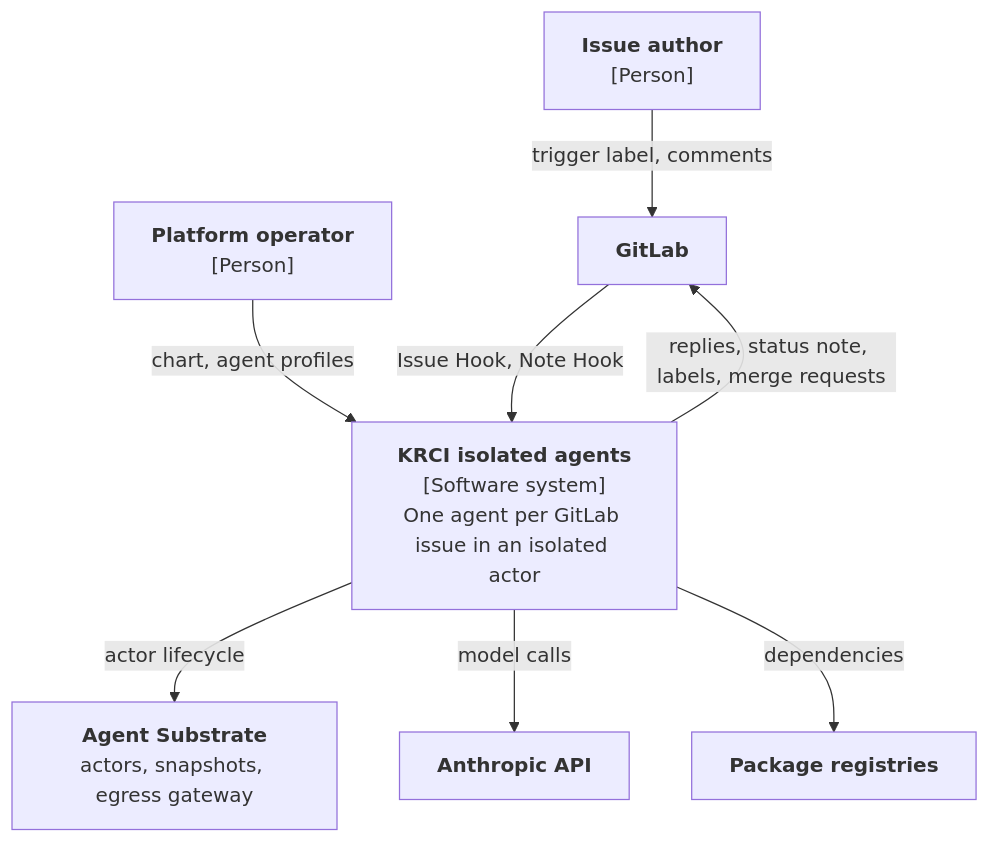
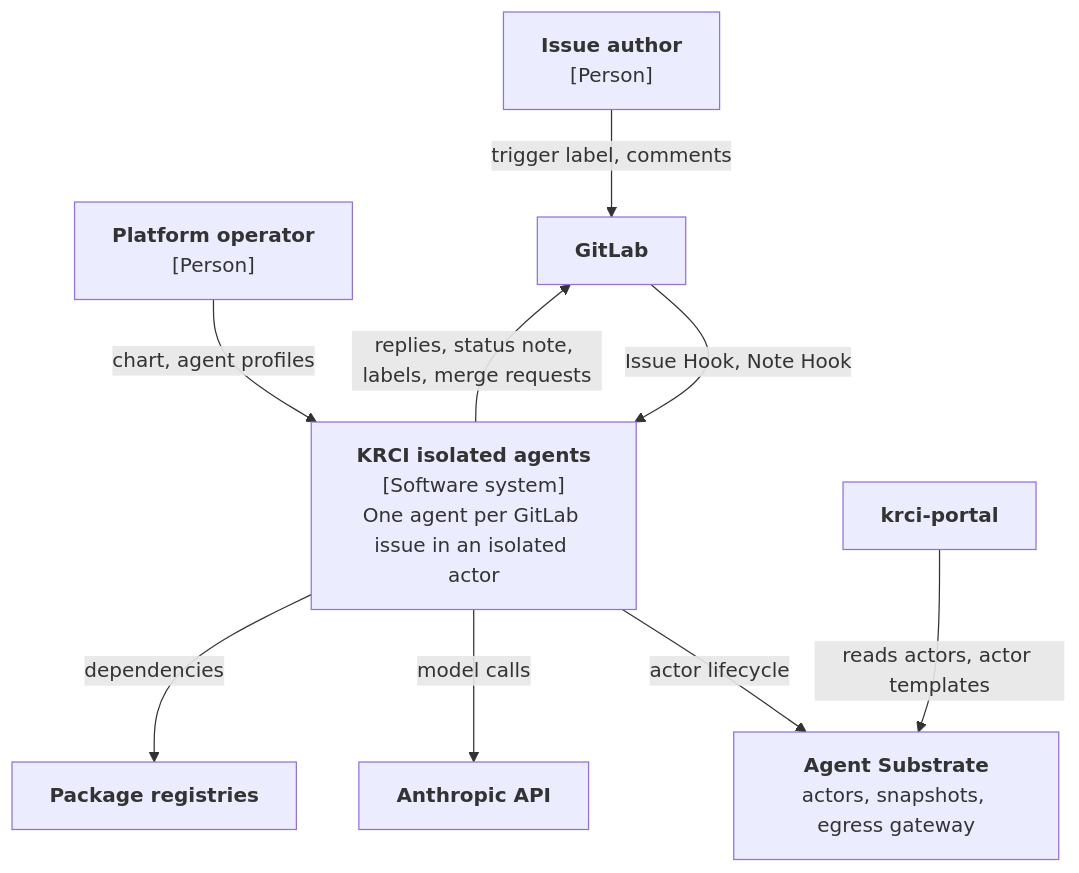
The first of 3 diagrams in docs/agent-harness.md (KubeRocketCI/krci-agent-dispatcher), drawn with Mermaid before and after one commit. The commit also changed other lines of this file and 2 other files, not shown here.

First line of the commit message:
EPMDEDP-17598: docs: list the actor fields the portal reads

````diff
--- a/docs/agent-harness.md
+++ b/docs/agent-harness.md
@@ -23,18 +23,20 @@
 ```mermaid
 flowchart TB
   dev["<b>Issue author</b><br/>[Person]"]
   op["<b>Platform operator</b><br/>[Person]"]
   sys["<b>KRCI isolated agents</b><br/>[Software system]<br/>One agent per GitLab issue in an isolated actor"]
   gl["<b>GitLab</b>"]
   sub["<b>Agent Substrate</b><br/>actors, snapshots, egress gateway"]
   ant["<b>Anthropic API</b>"]
   reg["<b>Package registries</b>"]
+  portal["<b>krci-portal</b>"]
 
   dev -->|"trigger label, comments"| gl
   op -->|"chart, agent profiles"| sys
   gl -->|"Issue Hook, Note Hook"| sys
   sys -->|"replies, status note, labels, merge requests"| gl
   sys -->|"actor lifecycle"| sub
   sys -->|"model calls"| ant
   sys -->|"dependencies"| reg
+  portal -->|"reads actors, actor templates"| sub
 ```
````
